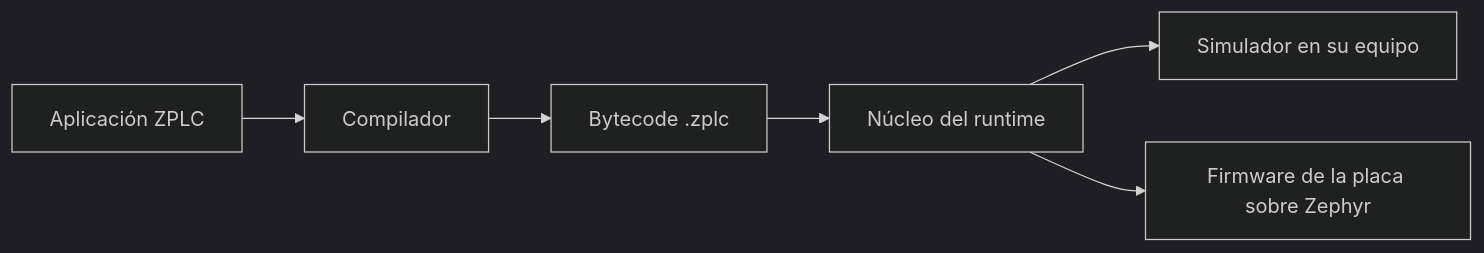
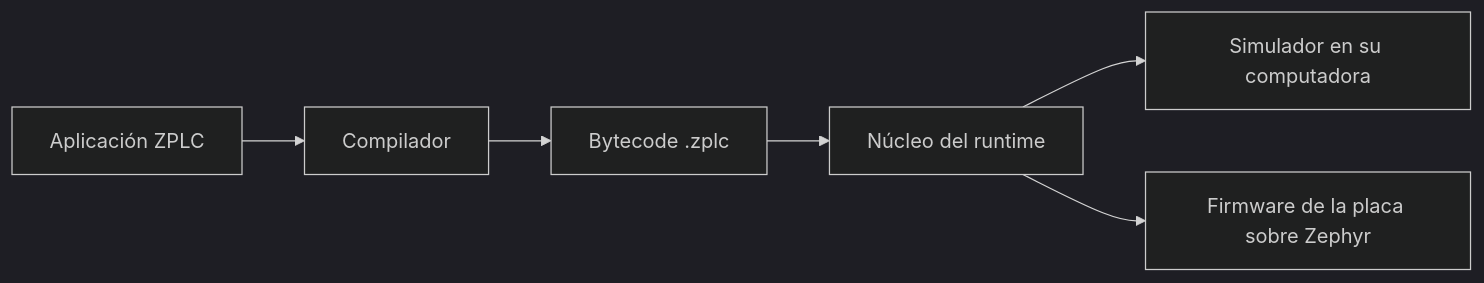
One commit to eduardojvieira/ZPLC changed the diagram in docs/i18n/es/docusaurus-plugin-content-docs/current/platform-overview/index.md. Above: the diagram before and after it, drawn with Mermaid (dark theme). The commit also changed other lines of this file and 68 other files, not shown here.

````diff
--- a/docs/i18n/es/docusaurus-plugin-content-docs/current/platform-overview/index.md
+++ b/docs/i18n/es/docusaurus-plugin-content-docs/current/platform-overview/index.md
@@ -17,15 +17,15 @@
 ```mermaid
 flowchart LR
   App[Aplicación ZPLC]
   Compiler[Compilador]
   Bytecode[Bytecode .zplc]
   Core[Núcleo del runtime]
-  Sim[Simulador en su equipo]
+  Sim[Simulador en su computadora]
   Board[Firmware de la placa sobre Zephyr]
 
   App --> Compiler
   Compiler --> Bytecode
   Bytecode --> Core
   Core --> Sim
   Core --> Board
 ```
````
